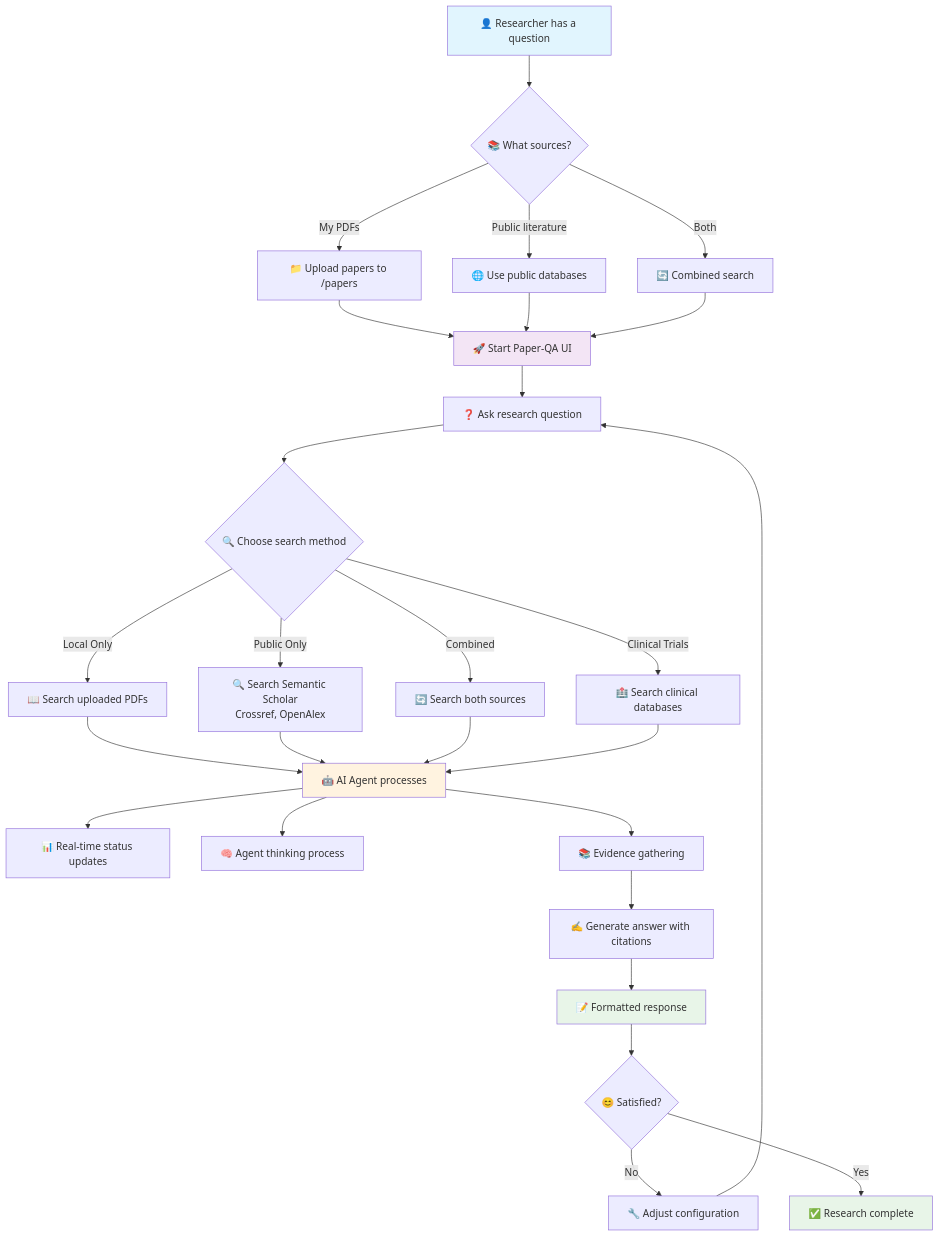
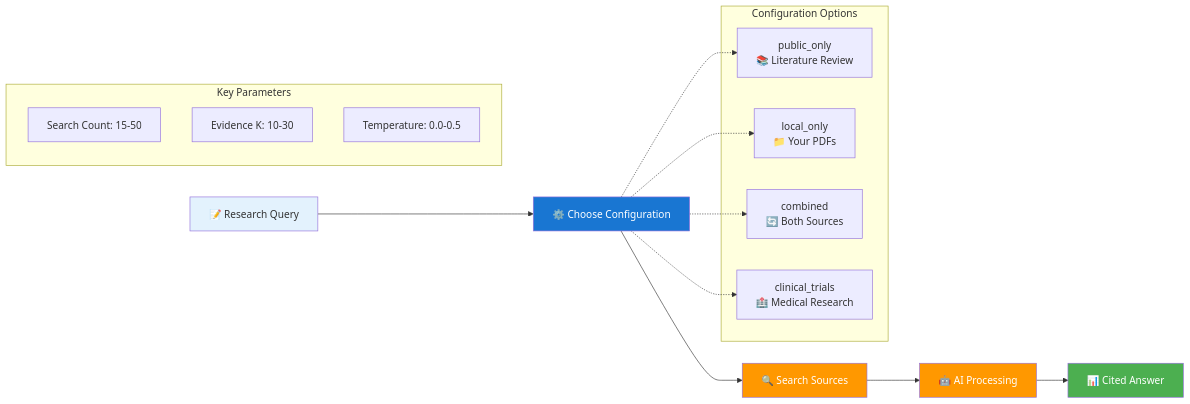
Before and after one commit to usathyan/paper-qa-ui: the diagram in README.md, drawn with Mermaid. The commit also changed other lines of this file and 4 other files, not shown here.

````diff
--- a/README.md
+++ b/README.md
@@ -10,44 +14,32 @@
 ```mermaid
-graph TD
-    A[👤 Researcher has a question] --> B{📚 What sources?}
+graph LR
+    A[📝 Research Query] --> B[⚙️ Choose Configuration]
     
-    B -->|My PDFs| C[📁 Upload papers to /papers]
-    B -->|Public literature| D[🌐 Use public databases]
-    B -->|Both| E[🔄 Combined search]
+    B --> C[🔍 Search Sources]
+    C --> D[🤖 AI Processing]
+    D --> E[📊 Cited Answer]
     
-    C --> F[🚀 Start Paper-QA UI]
-    D --> F
-    E --> F
+    subgraph "Configuration Options"
+        F[public_only<br/>📚 Literature Review]
+        G[local_only<br/>📁 Your PDFs]
+        H[combined<br/>🔄 Both Sources]
+        I[clinical_trials<br/>🏥 Medical Research]
+    end
     
-    F --> G[❓ Ask research question]
-    G --> H{🔍 Choose search method}
+    subgraph "Key Parameters"
+        J[Search Count: 15-50]
+        K[Evidence K: 10-30]
+        L[Temperature: 0.0-0.5]
+    end
     
-    H -->|Local Only| I[📖 Search uploaded PDFs]
-    H -->|Public Only| J[🔍 Search Semantic Scholar<br/>Crossref, OpenAlex]
-    H -->|Combined| K[🔄 Search both sources]
-    H -->|Clinical Trials| L[🏥 Search clinical databases]
+    B -.-> F
+    B -.-> G
+    B -.-> H
+    B -.-> I
     
-    I --> M[🤖 AI Agent processes]
-    J --> M
-    K --> M
-    L --> M
-    
-    M --> N[📊 Real-time status updates]
-    M --> O[🧠 Agent thinking process]
-    M --> P[📚 Evidence gathering]
-    
-    P --> Q[✍️ Generate answer with citations]
-    Q --> R[📝 Formatted response]
-    
-    R --> S{😊 Satisfied?}
-    S -->|No| T[🔧 Adjust configuration]
-    S -->|Yes| U[✅ Research complete]
-    
-    T --> G
-    
-    style A fill:#e1f5fe
-    style F fill:#f3e5f5
-    style M fill:#fff3e0
-    style R fill:#e8f5e8
-    style U fill:#e8f5e8
+    style A fill:#e3f2fd
+    style B fill:#1976d2,color:#fff
+    style C fill:#ff9800,color:#fff
+    style D fill:#ff9800,color:#fff
+    style E fill:#4caf50,color:#fff
 ```
````
